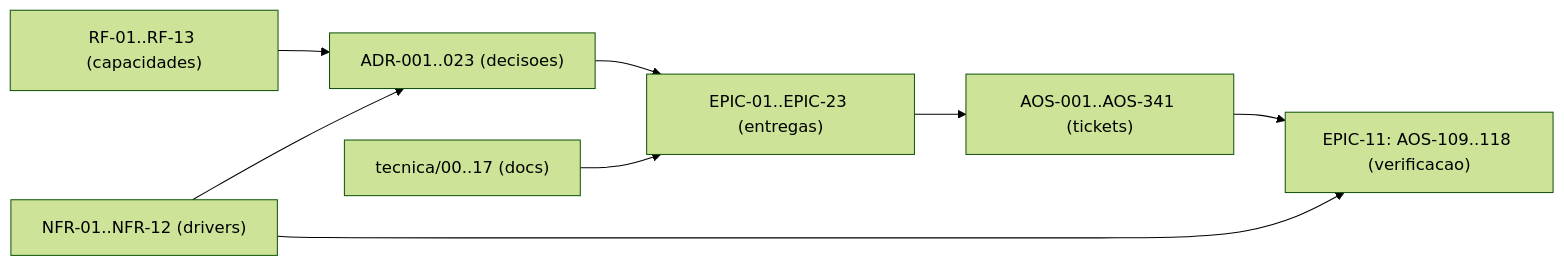
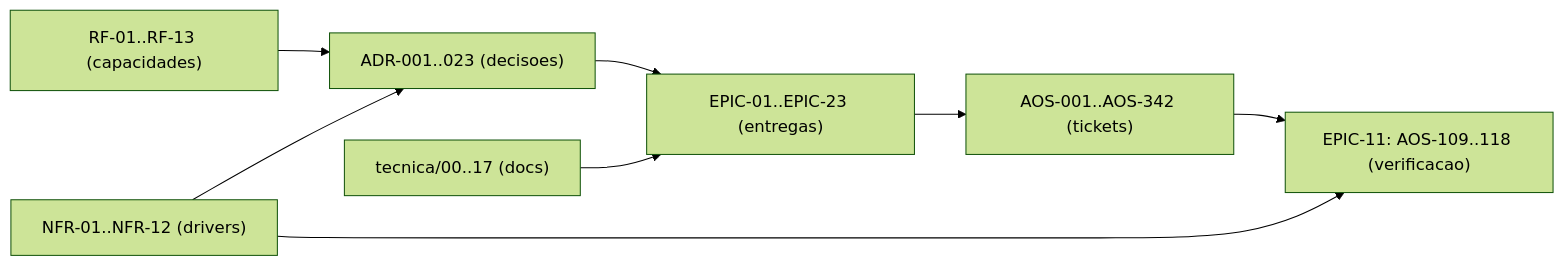
The diagram in tecnica/16_Rastreabilidade_RTM.md (albinoJimy/aos), drawn with Mermaid (forest theme) before and after one commit. The commit also changed other lines of this file, not shown here.

First line of the commit message:
chore(AOS-342): regenerar a RTM com a gama 339-342 completa

````diff
--- a/tecnica/16_Rastreabilidade_RTM.md
+++ b/tecnica/16_Rastreabilidade_RTM.md
@@ -180,10 +180,10 @@
 ```mermaid
 flowchart LR
     RF["RF-01..RF-13 (capacidades)"] --> ADR["ADR-001..023 (decisoes)"]
     NFR["NFR-01..NFR-12 (drivers)"] --> ADR
     ADR --> EPIC["EPIC-01..EPIC-23 (entregas)"]
-    EPIC --> TICK["AOS-001..AOS-341 (tickets)"]
+    EPIC --> TICK["AOS-001..AOS-342 (tickets)"]
     DOC["tecnica/00..17 (docs)"] --> EPIC
     TICK --> TEST["EPIC-11: AOS-109..118 (verificacao)"]
     NFR --> TEST
 ```
````
